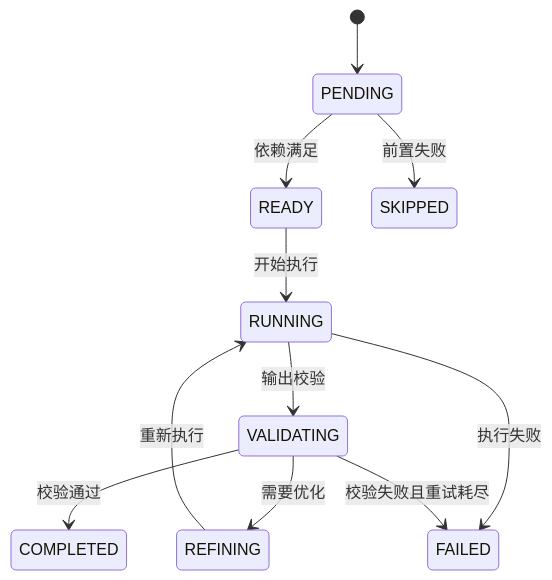
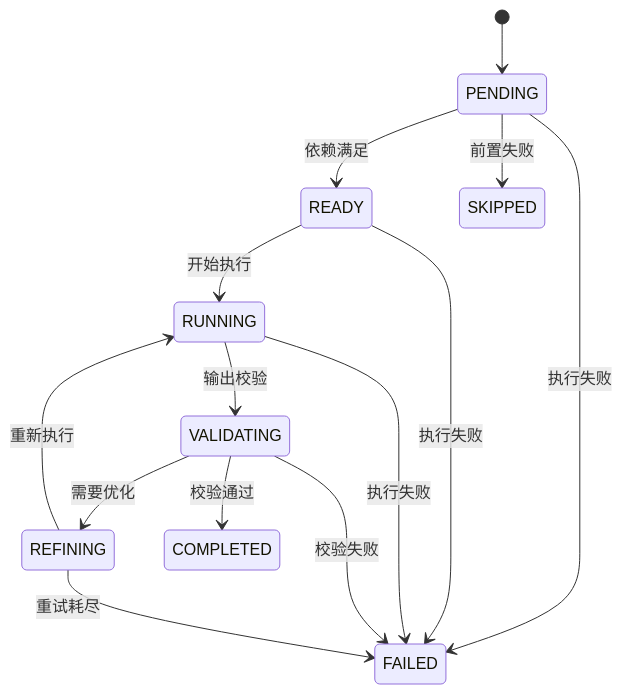
One commit to letmetocode/agent changed the sixth of 6 diagrams in docs/design/软件设计说明书.md. Above: the diagram before and after it, drawn with Mermaid. The commit also changed other lines of this file and 20 other files, not shown here.

````diff
--- a/docs/design/软件设计说明书.md
+++ b/docs/design/软件设计说明书.md
@@ -123,13 +193,16 @@
 ```mermaid
 stateDiagram-v2
     [*] --> PENDING
     PENDING --> READY: 依赖满足
     READY --> RUNNING: 开始执行
     RUNNING --> VALIDATING: 输出校验
     VALIDATING --> REFINING: 需要优化
     REFINING --> RUNNING: 重新执行
     VALIDATING --> COMPLETED: 校验通过
+    PENDING --> SKIPPED: 前置失败
+    PENDING --> FAILED: 执行失败
+    READY --> FAILED: 执行失败
     RUNNING --> FAILED: 执行失败
-    VALIDATING --> FAILED: 校验失败且重试耗尽
-    PENDING --> SKIPPED: 前置失败
+    VALIDATING --> FAILED: 校验失败
+    REFINING --> FAILED: 重试耗尽
 ```
````
